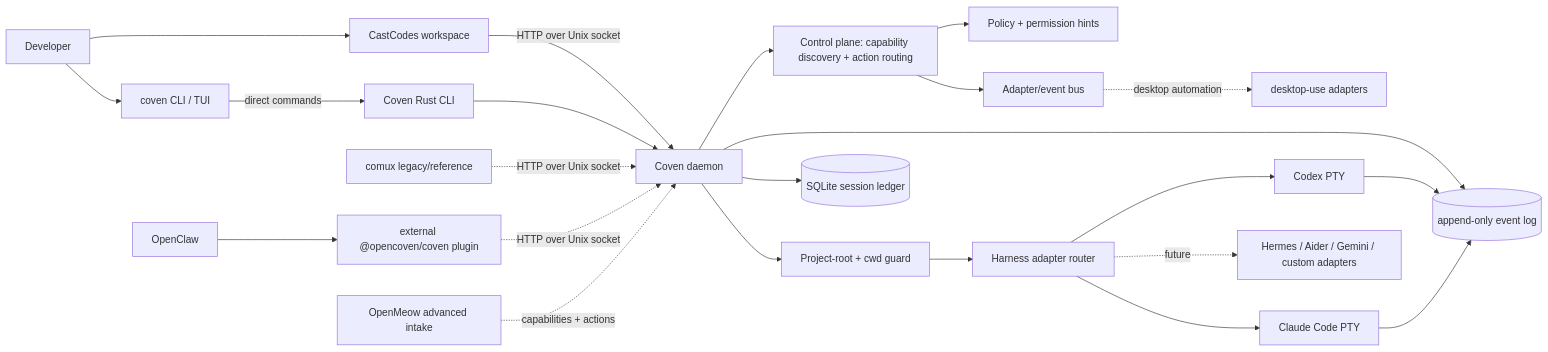
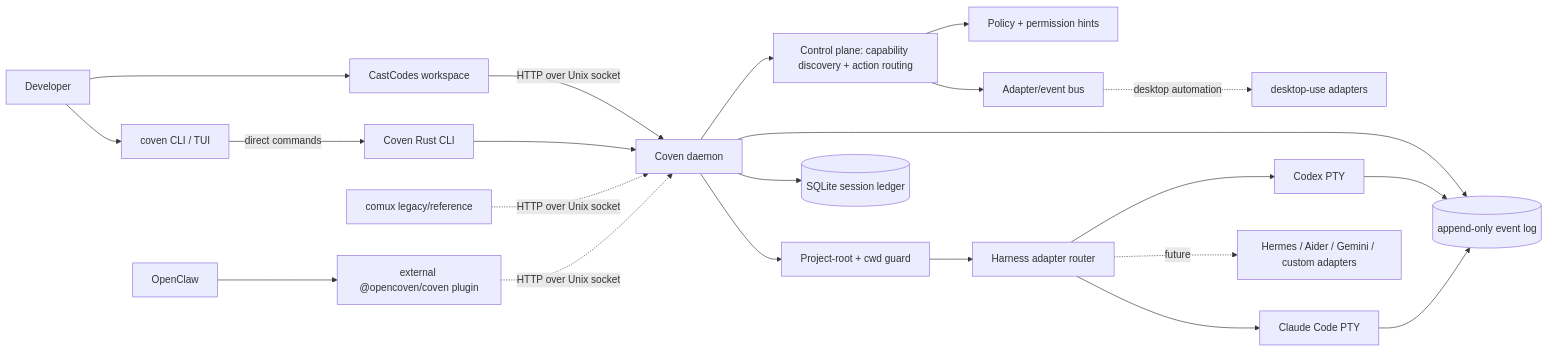
One commit to OpenCoven/coven changed the first of 3 diagrams in docs/concepts/architecture.md. Above: the diagram before and after it, drawn with Mermaid. The commit also changed other lines of this file and 48 other files, not shown here.

First line of the commit message:
chore: scrub stray OpenMeow references (#256)

````diff
--- a/docs/concepts/architecture.md
+++ b/docs/concepts/architecture.md
@@ -16,30 +16,29 @@
 ```mermaid
 flowchart LR
   User[Developer] --> CastCodes[CastCodes workspace]
   CastCodes -->|HTTP over Unix socket| Daemon[Coven daemon]
 
   User --> CLI[coven CLI / TUI]
   CLI -->|direct commands| Rust[Coven Rust CLI]
   Rust --> Daemon
 
   Comux[comux legacy/reference] -.->|HTTP over Unix socket| Daemon
   OpenClaw[OpenClaw] --> Plugin[external @opencoven/coven plugin]
   Plugin -.->|HTTP over Unix socket| Daemon
-  OpenMeow[OpenMeow advanced intake] -.->|capabilities + actions| Daemon
 
   Daemon --> Control[Control plane: capability discovery + action routing]
   Control --> Policy[Policy + permission hints]
   Control --> AdapterBus[Adapter/event bus]
   AdapterBus -. desktop automation .-> DesktopUse[desktop-use adapters]
 
   Daemon --> Boundary[Project-root + cwd guard]
   Boundary --> Adapter[Harness adapter router]
   Adapter --> Codex[Codex PTY]
   Adapter --> Claude[Claude Code PTY]
   Adapter -. future .-> Future[Hermes / Aider / Gemini / custom adapters]
 
   Daemon --> Store[(SQLite session ledger)]
   Daemon --> Events[(append-only event log)]
   Codex --> Events
   Claude --> Events
 ```
````
